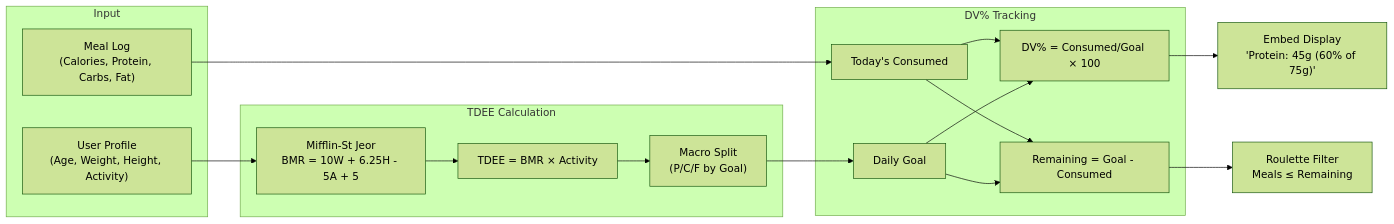
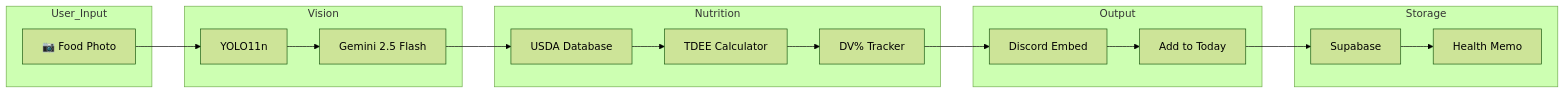
One commit to kevinhust/AIG200Capstone changed the eighth of 8 diagrams in docs/architecture/context/diagrams.md. Above: the diagram before and after it, drawn with Mermaid (forest theme). The commit also changed other lines of this file and 2 other files, not shown here.

First line of the commit message:
docs: update Command Registry and architecture diagrams to match actual implementation

````diff
--- a/docs/architecture/context/diagrams.md
+++ b/docs/architecture/context/diagrams.md
@@ -234,31 +378,37 @@
 ```mermaid
 flowchart LR
-    subgraph Input
-        Profile["User Profile\n(Age, Weight, Height, Activity)"]
-        Meal["Meal Log\n(Calories, Protein, Carbs, Fat)"]
+    subgraph User_Input
+        Photo["📷 Food Photo"]
     end
 
-    subgraph TDEE_Calc["TDEE Calculation"]
-        BMR["Mifflin-St Jeor\nBMR = 10W + 6.25H - 5A + 5"]
-        TDEE["TDEE = BMR × Activity"]
-        Macros["Macro Split\n(P/C/F by Goal)"]
+    subgraph Vision
+        YOLO["YOLO11n"]
+        Gemini["Gemini 2.5 Flash"]
     end
 
-    subgraph DV_Tracking["DV% Tracking"]
-        Consumed["Today's Consumed"]
-        Goal["Daily Goal"]
-        DV["DV% = Consumed/Goal × 100"]
-        Remaining["Remaining = Goal - Consumed"]
+    subgraph Nutrition
+        USDA["USDA Database"]
+        TDEE["TDEE Calculator"]
+        DV["DV% Tracker"]
     end
 
-    Profile --> BMR --> TDEE --> Macros --> Goal
-    Meal --> Consumed
+    subgraph Storage
+        DB["Supabase"]
+        Memo["Health Memo"]
+    end
 
-    Consumed --> DV
-    Goal --> DV
-    Consumed --> Remaining
-    Goal --> Remaining
+    subgraph Output
+        Embed["Discord Embed"]
+        Save["Add to Today"]
+    end
 
-    DV --> Display["Embed Display\n'Protein: 45g (60% of 75g)'"]
-    Remaining --> Roulette["Roulette Filter\nMeals ≤ Remaining"]
+    Photo --> YOLO
+    YOLO --> Gemini
+    Gemini --> USDA
+    USDA --> TDEE
+    TDEE --> DV
+    DV --> Embed
+    Embed --> Save
+    Save --> DB
+    DB --> Memo
 ```
````
